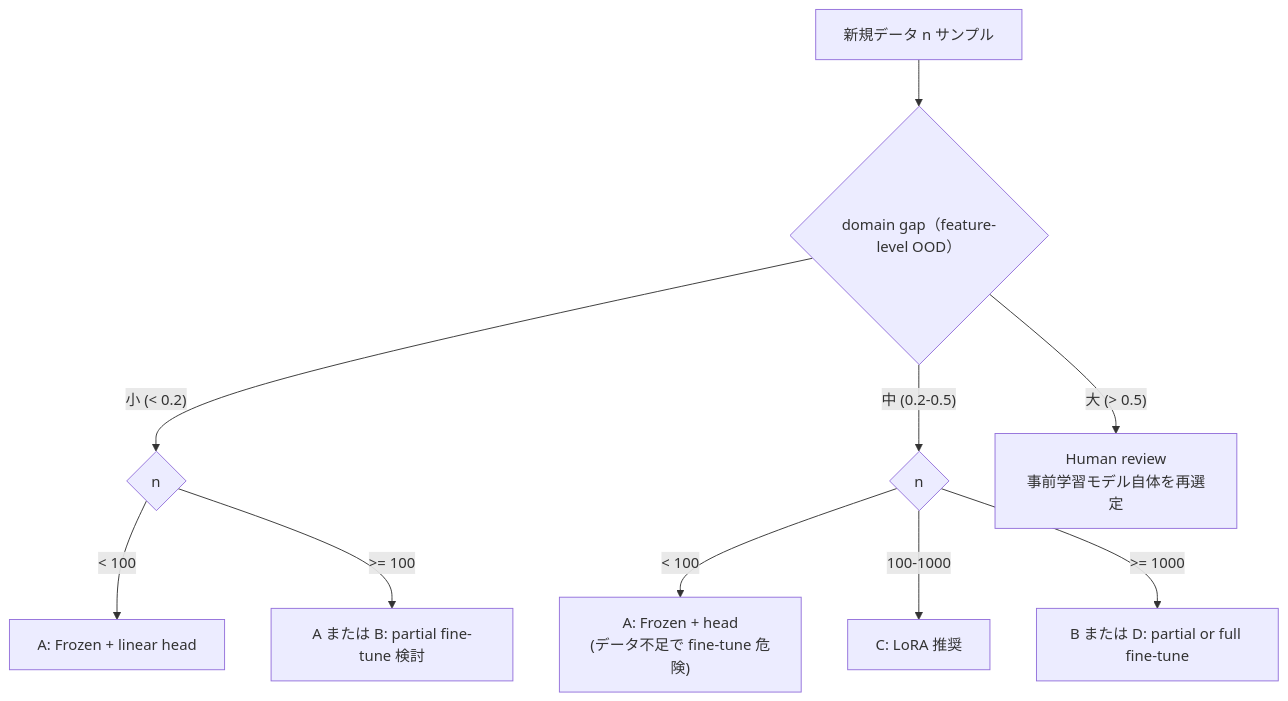
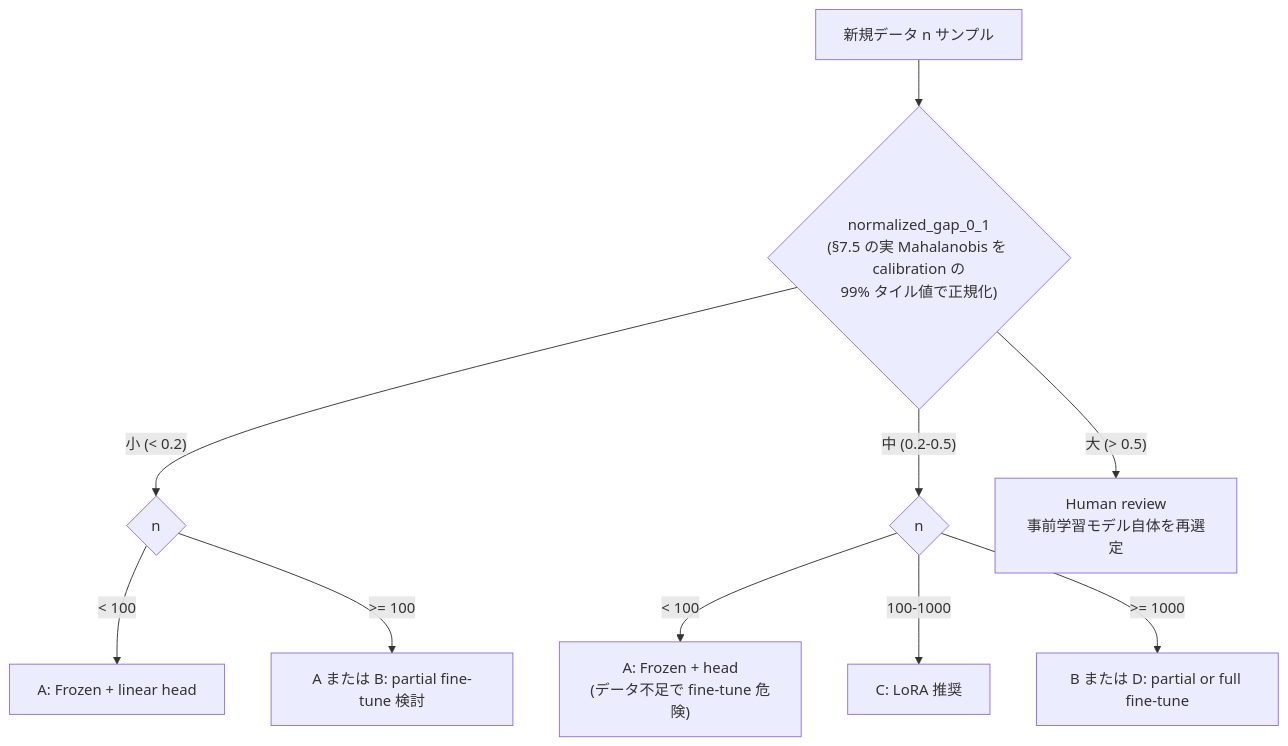
Before and after one commit to nahisaho/ARIMAgentDataAnalysisBook: the second of 3 diagrams in papers/vol-03/chapter-07.md, drawn with Mermaid. The commit also changed other lines of this file, not shown here.

````diff
--- a/papers/vol-03/chapter-07.md
+++ b/papers/vol-03/chapter-07.md
@@ -87,12 +87,12 @@
 ```mermaid
 flowchart TD
-    A["新規データ n サンプル"] --> B{"domain gap（feature-level OOD）"}
+    A["新規データ n サンプル"] --> B{"normalized_gap_0_1<br/>(§7.5 の実 Mahalanobis を calibration の<br/>99% タイル値で正規化)"}
     B -->|"小 (< 0.2)"| C{"n"}
     B -->|"中 (0.2-0.5)"| D{"n"}
     B -->|"大 (> 0.5)"| E["Human review<br/>事前学習モデル自体を再選定"]
     C -->|"< 100"| C1["A: Frozen + linear head"]
     C -->|">= 100"| C2["A または B: partial fine-tune 検討"]
     D -->|"< 100"| D1["A: Frozen + head<br/>(データ不足で fine-tune 危険)"]
     D -->|"100-1000"| D2["C: LoRA 推奨"]
     D -->|">= 1000"| D3["B または D: partial or full fine-tune"]
 ```
````
